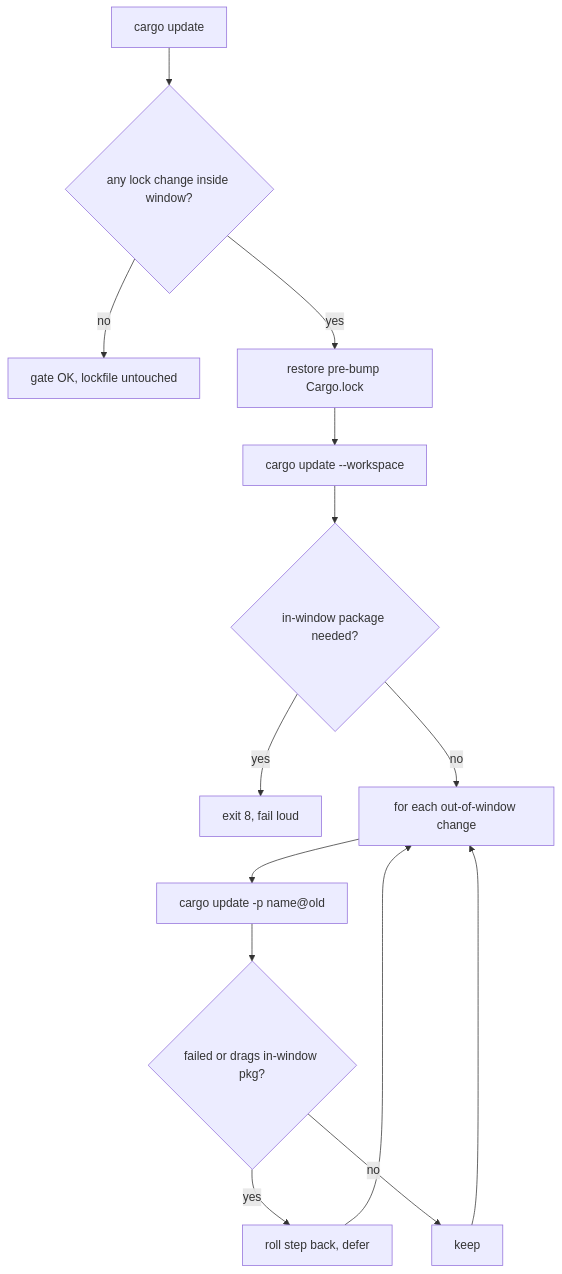
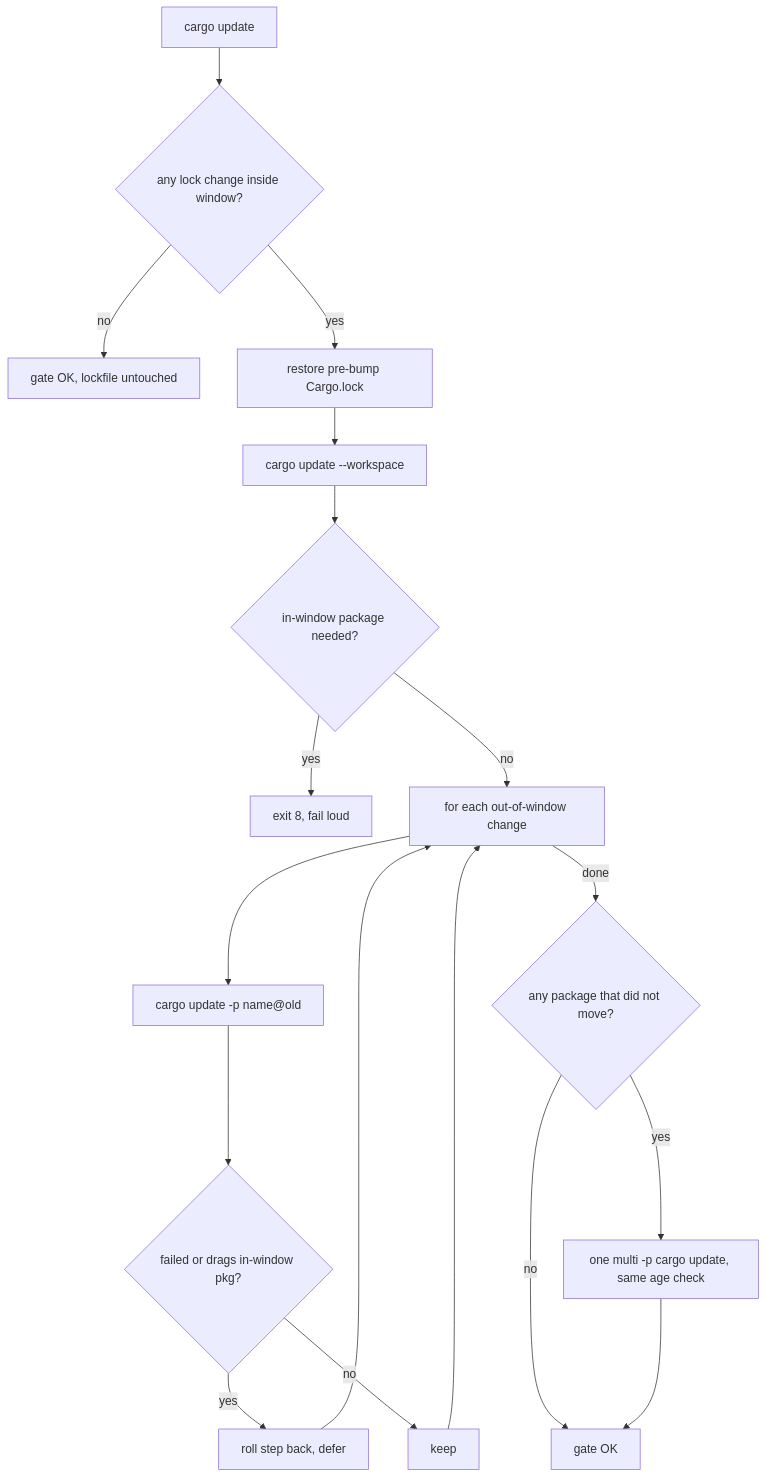
The diagram in docs/archive/pr-summaries/pr-summary-2202.md (stSoftwareAU/NEAT-AI-Discovery), drawn with Mermaid before and after one commit. The commit also changed other lines of this file and 4 other files, not shown here.

````diff
--- a/docs/archive/pr-summaries/pr-summary-2202.md
+++ b/docs/archive/pr-summaries/pr-summary-2202.md
@@ -26,16 +31,20 @@
 ```mermaid
 flowchart TD
     A[cargo update] --> B{any lock change inside window?}
     B -- no --> OK[gate OK, lockfile untouched]
     B -- yes --> C[restore pre-bump Cargo.lock]
     C --> D[cargo update --workspace]
     D --> E{in-window package needed?}
     E -- yes --> X[exit 8, fail loud]
     E -- no --> F[for each out-of-window change]
     F --> G[cargo update -p name@old]
     G --> H{failed or drags in-window pkg?}
     H -- yes --> R[roll step back, defer]
     H -- no --> K[keep]
     R --> F
     K --> F
+    F -- done --> S{any package that did not move?}
+    S -- yes --> T[one multi -p cargo update, same age check]
+    S -- no --> OK2[gate OK]
+    T --> OK2
 ```
````
